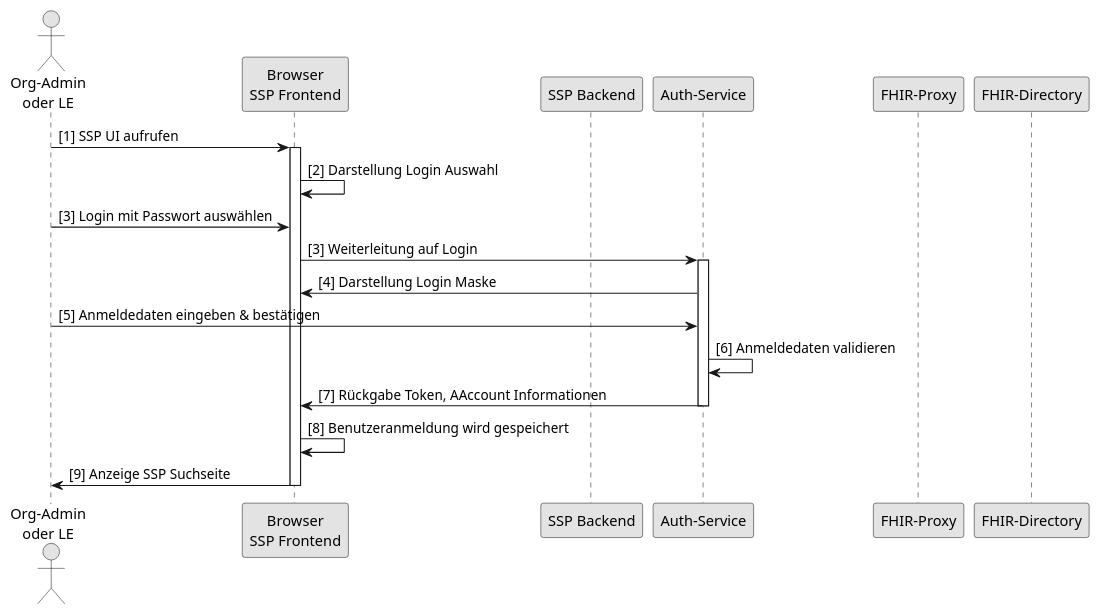
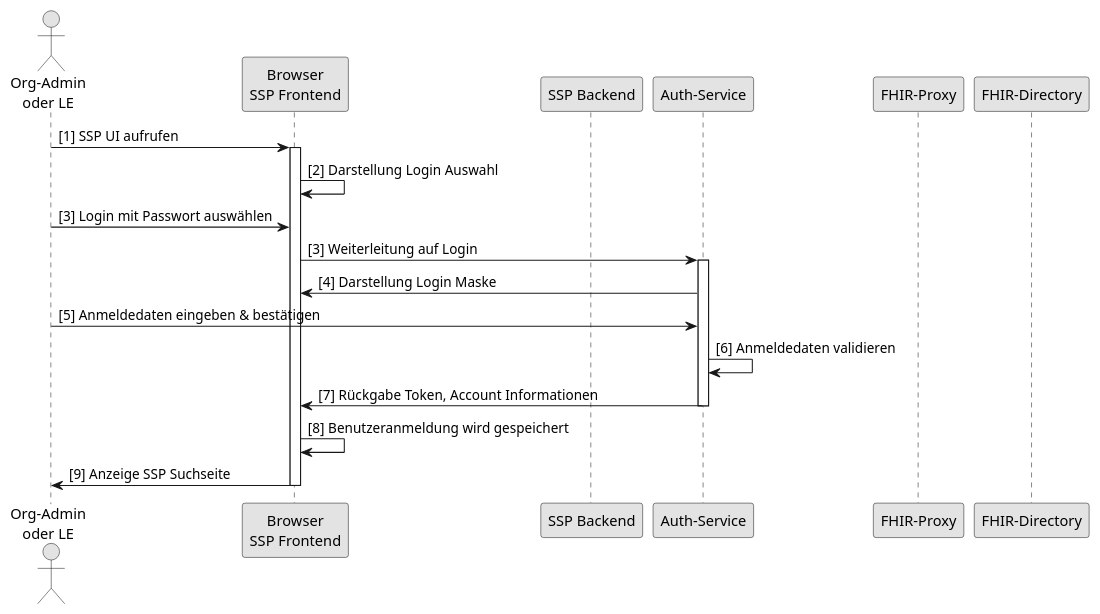
The diagram in src/plantuml/SequenceDiagram.FHIR-Directory.SSP.Auth.Passw.puml (gematik/api-vzd), drawn with PlantUML before and after one commit.

```diff
--- a/src/plantuml/SequenceDiagram.FHIR-Directory.SSP.Auth.Passw.puml
+++ b/src/plantuml/SequenceDiagram.FHIR-Directory.SSP.Auth.Passw.puml
@@ -1,32 +1,32 @@
 @startuml
 skinparam dpi 100
 skinparam WrapWidth 200
 skinparam monochrome true
 
 'title "FHIR-Directory, Sequenzdiagram SSP Authenticate mit Passwort"
 actor o as "Org-Admin\noder LE"
 participant cl as "Browser\nSSP Frontend"
 participant be as "SSP Backend"
 participant au as "Auth-Service"
 participant fp as "FHIR-Proxy"
 participant fd as "FHIR-Directory"
 
 
 o -> cl: [1] SSP UI aufrufen
 activate cl
 cl -> cl: [2] Darstellung Login Auswahl
 o -> cl: [3] Login mit Passwort auswählen
 
 cl -> au: [3] Weiterleitung auf Login
 activate au
 au -> cl: [4] Darstellung Login Maske
 o -> au: [5] Anmeldedaten eingeben & bestätigen
 au -> au: [6] Anmeldedaten validieren
-au -> cl: [7] Rückgabe Token, AAccount Informationen
+au -> cl: [7] Rückgabe Token, Account Informationen
 deactivate au
 
 cl -> cl: [8] Benutzeranmeldung wird gespeichert
 cl -> o: [9] Anzeige SSP Suchseite
 
 deactivate cl
 @enduml
```
